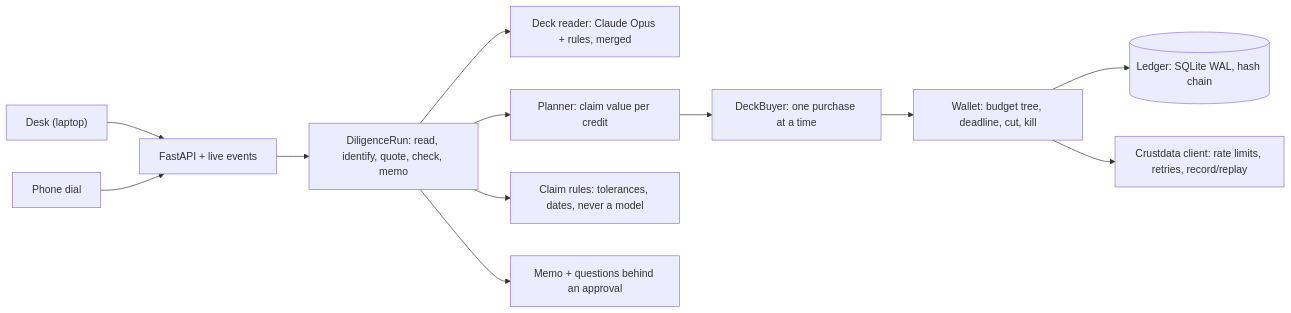
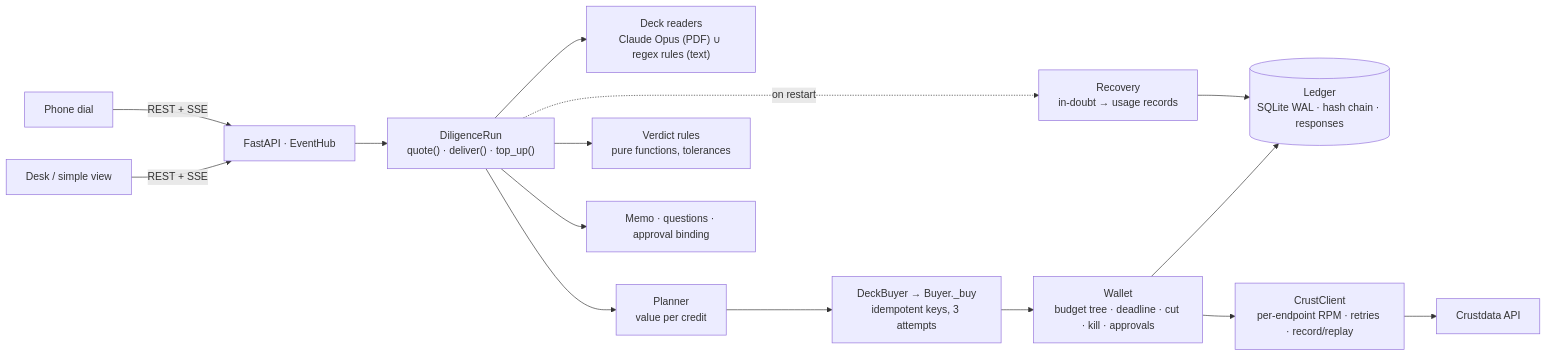
One commit to PD-17/Tally changed the diagram in README.md. Above: the diagram before and after it, drawn with Mermaid. The commit also changed other lines of this file and 1 other file, not shown here.

````diff
--- a/README.md
+++ b/README.md
@@ -92,14 +135,17 @@
 ```mermaid
 flowchart LR
-  Desk["Desk (laptop)"] --> API["FastAPI + live events"]
-  Phone["Phone dial"] --> API
-  API --> Run["DiligenceRun: read, identify, quote, check, memo"]
-  Run --> Deck["Deck reader: Claude Opus + rules, merged"]
-  Run --> Planner["Planner: claim value per credit"]
-  Planner --> Buyer["DeckBuyer: one purchase at a time"]
-  Buyer --> Wallet["Wallet: budget tree, deadline, cut, kill"]
-  Wallet --> Ledger[("Ledger: SQLite WAL, hash chain")]
-  Wallet --> Client["Crustdata client: rate limits, retries, record/replay"]
-  Run --> Rules["Claim rules: tolerances, dates, never a model"]
-  Run --> Memo["Memo + questions behind an approval"]
+  Desk["Desk / simple view"] -->|REST + SSE| API["FastAPI · EventHub"]
+  Phone["Phone dial"] -->|REST + SSE| API
+  API --> Run["DiligenceRun<br/>quote() · deliver() · top_up()"]
+  Run --> Reader["Deck readers<br/>Claude Opus (PDF) ∪ regex rules (text)"]
+  Run --> Planner["Planner<br/>value per credit"]
+  Run --> Judge["Verdict rules<br/>pure functions, tolerances"]
+  Planner --> Buyer["DeckBuyer → Buyer._buy<br/>idempotent keys, 3 attempts"]
+  Buyer --> Wallet["Wallet<br/>budget tree · deadline · cut · kill · approvals"]
+  Wallet --> Ledger[("Ledger<br/>SQLite WAL · hash chain · responses")]
+  Wallet --> Client["CrustClient<br/>per-endpoint RPM · retries · record/replay"]
+  Client --> Crust["Crustdata API"]
+  Run --> Memo["Memo · questions · approval binding"]
+  Run -. on restart .-> Recovery["Recovery<br/>in-doubt → usage records"]
+  Recovery --> Ledger
 ```
````
